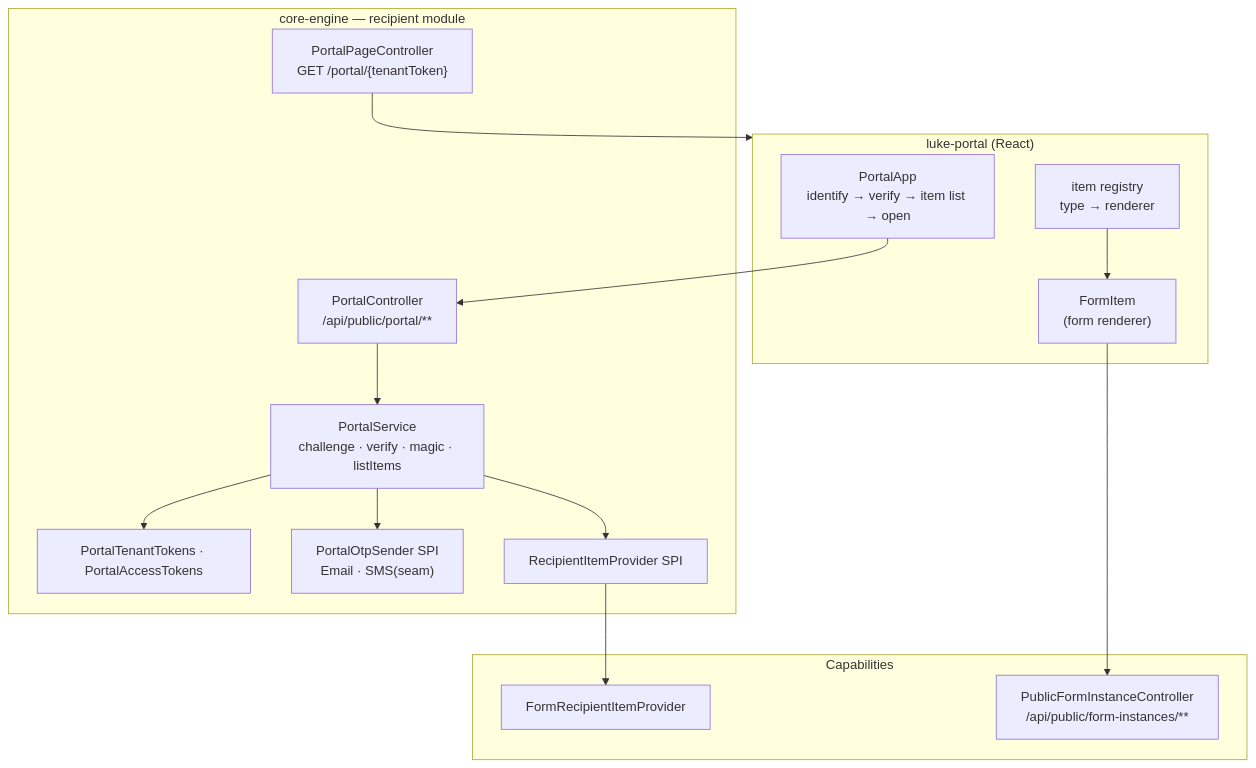
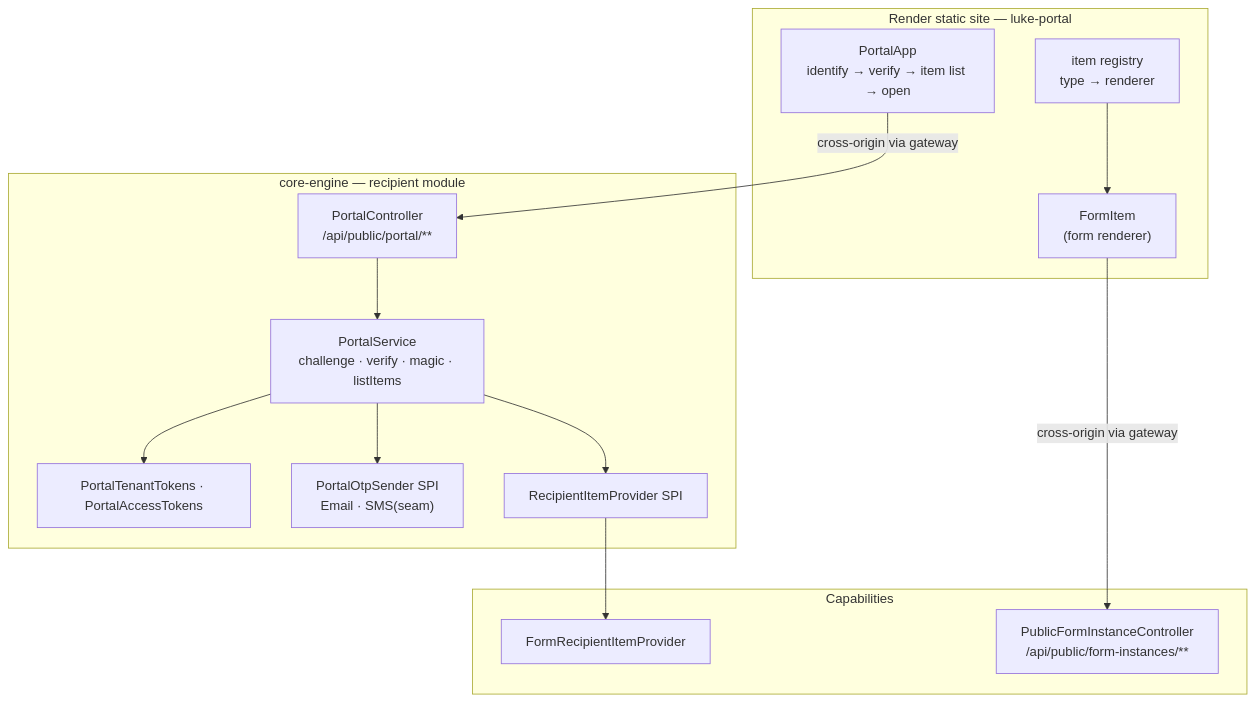
Before and after one commit to Luke-works/luke-docs: the diagram in apps/portal.md, drawn with Mermaid. The commit also changed other lines of this file, not shown here.

First line of the commit message:
docs(portal): serving model = standalone Render static site

````diff
--- a/apps/portal.md
+++ b/apps/portal.md
@@ -29,29 +32,27 @@
 ```mermaid
 flowchart TB
-  subgraph FE["luke-portal (React)"]
+  subgraph FE["Render static site — luke-portal"]
     P1["PortalApp<br/>identify → verify → item list → open"]
     P2["item registry<br/>type → renderer"]
     P3["FormItem<br/>(form renderer)"]
   end
   subgraph ENG["core-engine — recipient module"]
-    R1["PortalPageController<br/>GET /portal/{tenantToken}"]
     R2["PortalController<br/>/api/public/portal/**"]
     R3["PortalService<br/>challenge · verify · magic · listItems"]
     R4["PortalTenantTokens · PortalAccessTokens"]
     R5["PortalOtpSender SPI<br/>Email · SMS(seam)"]
     R6["RecipientItemProvider SPI"]
   end
   subgraph CAP["Capabilities"]
     F1["FormRecipientItemProvider"]
     F2["PublicFormInstanceController<br/>/api/public/form-instances/**"]
   end
-  P1 --> R2
+  P1 -->|cross-origin via gateway| R2
   P2 --> P3
-  P3 --> F2
-  R1 --> FE
+  P3 -->|cross-origin via gateway| F2
   R2 --> R3
   R3 --> R4
   R3 --> R5
   R3 --> R6
   R6 --> F1
 ```
````
